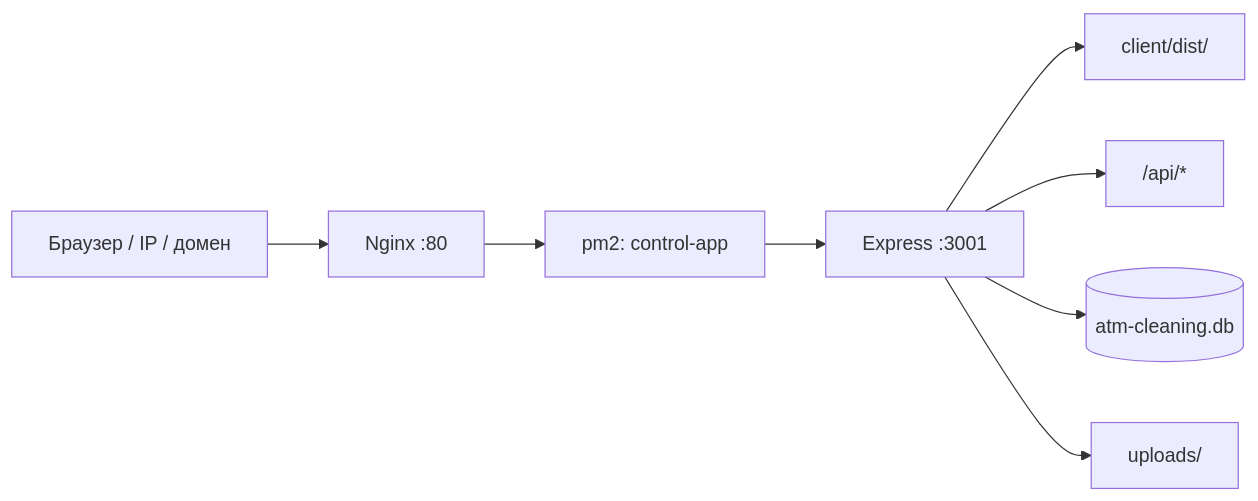
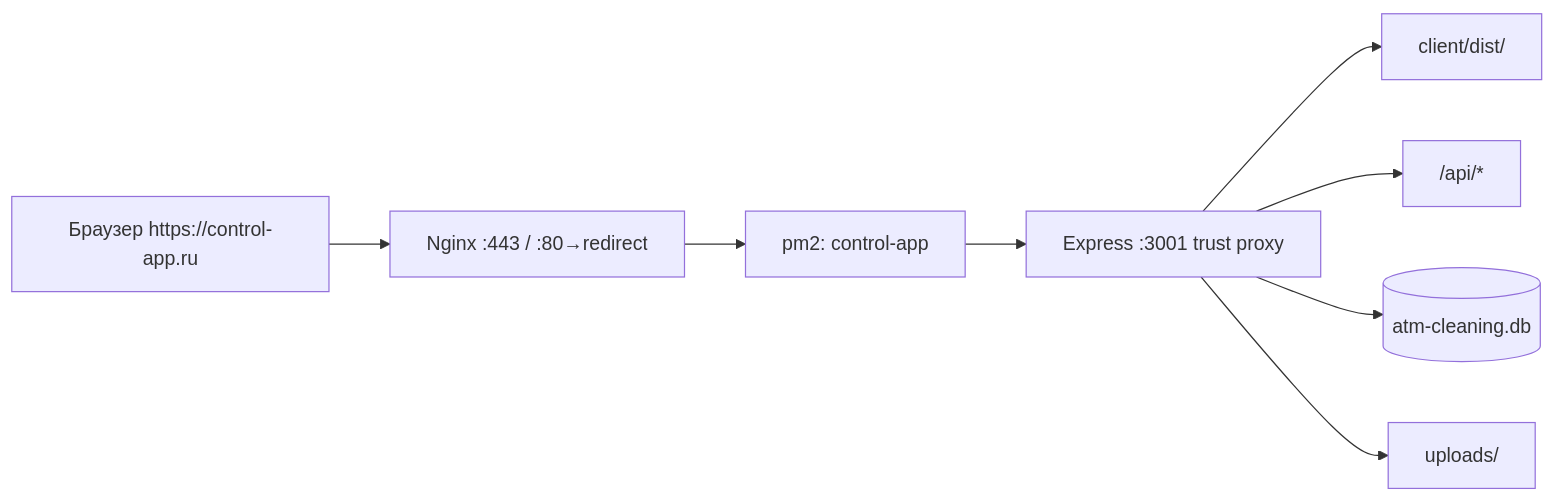
The tenth of 12 diagrams in ARCHITECTURE.md (DjSurfTSI/control-app), drawn with Mermaid before and after one commit. The commit also changed other lines of this file and 6 other files, not shown here.

First line of the commit message:
feat: домен control-app.ru и SSL Let's Encrypt (v2.4.7)

````diff
--- a/ARCHITECTURE.md
+++ b/ARCHITECTURE.md
@@ -857,10 +860,10 @@
 ```mermaid
 flowchart LR
-    Browser["Браузер / IP / домен"] --> Nginx["Nginx :80"]
+    Browser["Браузер https://control-app.ru"] --> Nginx["Nginx :443 / :80→redirect"]
     Nginx --> PM2["pm2: control-app"]
-    PM2 --> Express["Express :3001"]
+    PM2 --> Express["Express :3001 trust proxy"]
     Express --> Static["client/dist/"]
     Express --> API["/api/*"]
     Express --> DB[(atm-cleaning.db)]
     Express --> Uploads[uploads/]
 ```
````
